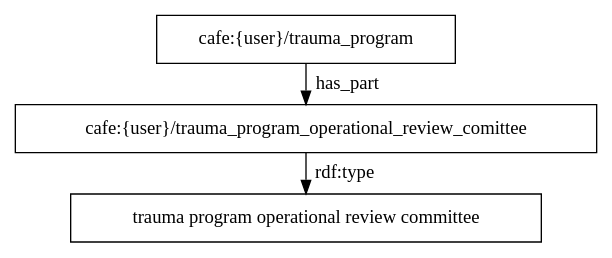
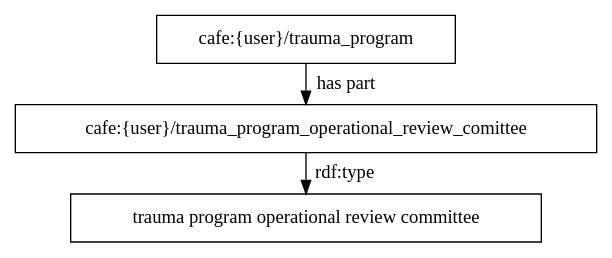
One commit to utecht/dideo-server changed the diagram in cafe/graphs/10.dot. Above: the diagram before and after it, drawn with Graphviz. The commit also changed 9 other files, not shown here.

Commit message:
update generate graphs to remove fake predicates

```diff
--- a/cafe/graphs/10.dot
+++ b/cafe/graphs/10.dot
@@ -1,5 +1,5 @@
 digraph g { node [shape=rectangle];
 graph [splines=true, nodesep=.5, ranksep=0, overlap=false];
-"cafe:{user}/trauma_program" -> "cafe:{user}/trauma_program_operational_review_comittee" [label="has_part"]
+"cafe:{user}/trauma_program" -> "cafe:{user}/trauma_program_operational_review_comittee" [label="has part"]
 "cafe:{user}/trauma_program_operational_review_comittee" -> "trauma program operational review committee" [label="rdf:type"]
 }
```
